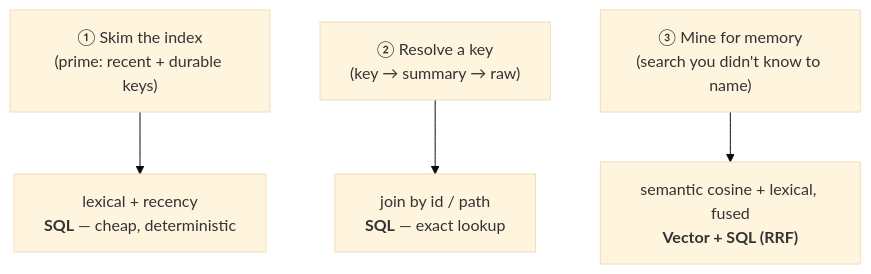
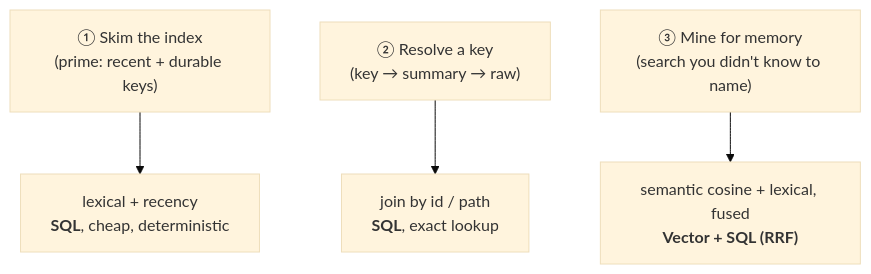
One commit to legioncodeinc/honeycomb changed the diagram in library/knowledge/private/ai/hybrid-sql-vector-rationale.md. Above: the diagram before and after it, drawn with Mermaid (base theme). The commit also changed other lines of this file and 13 other files, not shown here.

First line of the commit message:
docs(knowledge): clear em dashes base-wide; harden architecture cluster

````diff
--- a/library/knowledge/private/ai/hybrid-sql-vector-rationale.md
+++ b/library/knowledge/private/ai/hybrid-sql-vector-rationale.md
@@ -32,6 +32,6 @@
 ```mermaid
 flowchart TD
-    A["① Skim the index<br/>(prime: recent + durable keys)"] --> SQLa["lexical + recency<br/><b>SQL</b> — cheap, deterministic"]
-    B["② Resolve a key<br/>(key → summary → raw)"] --> SQLb["join by id / path<br/><b>SQL</b> — exact lookup"]
+    A["① Skim the index<br/>(prime: recent + durable keys)"] --> SQLa["lexical + recency<br/><b>SQL</b>, cheap, deterministic"]
+    B["② Resolve a key<br/>(key → summary → raw)"] --> SQLb["join by id / path<br/><b>SQL</b>, exact lookup"]
     C["③ Mine for memory<br/>(search you didn't know to name)"] --> VEC["semantic cosine + lexical, fused<br/><b>Vector + SQL (RRF)</b>"]
 ```
````
